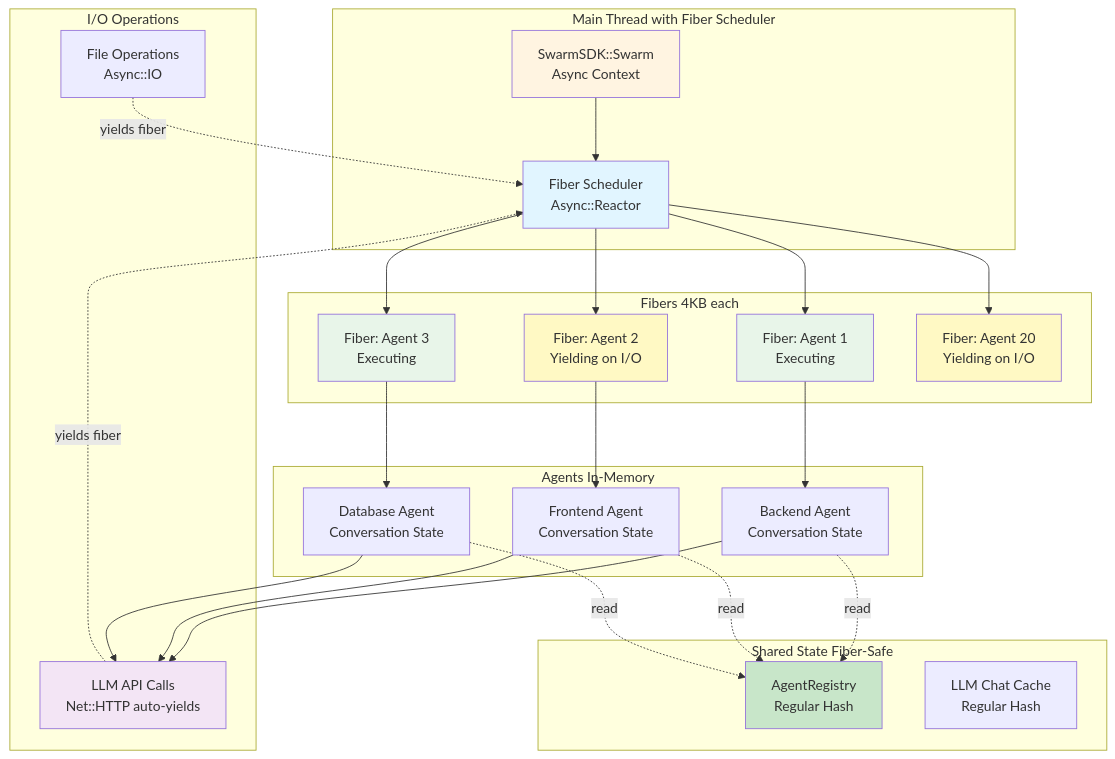
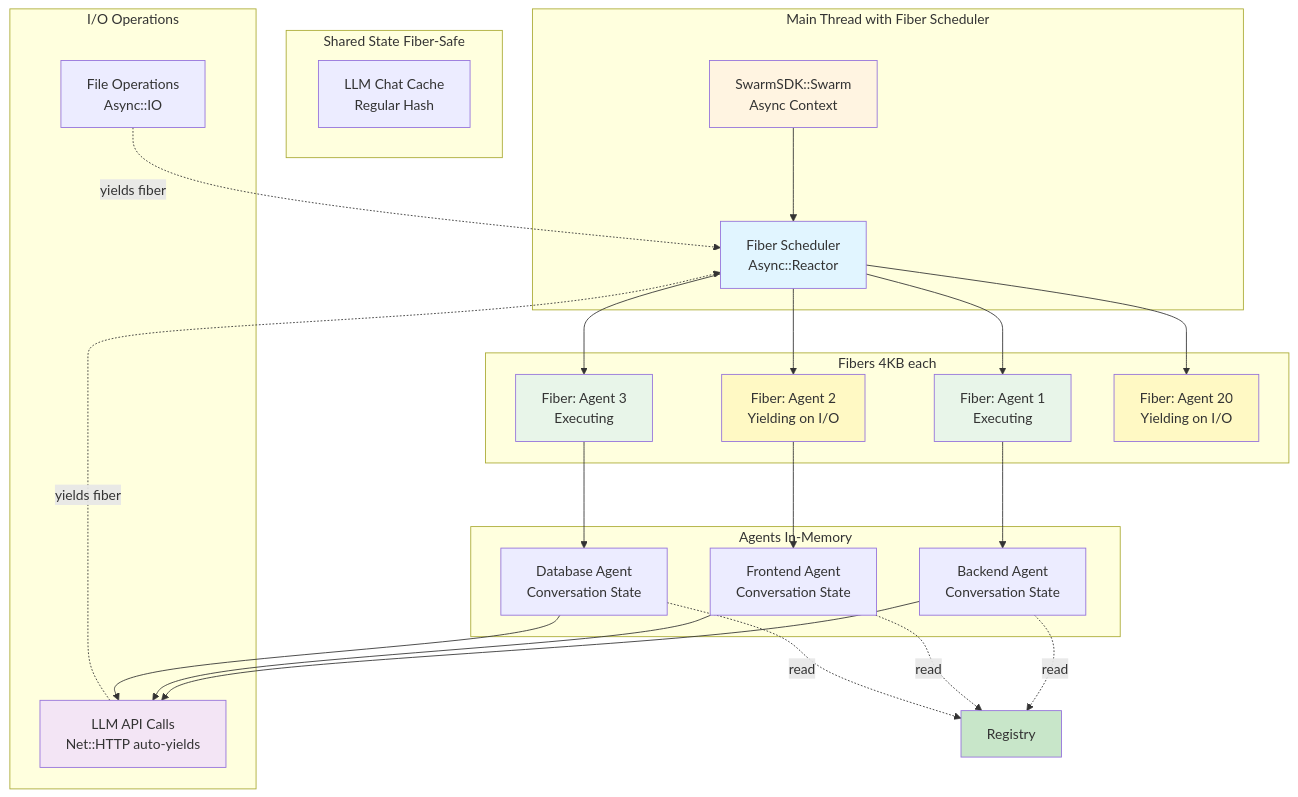
Before and after one commit to parruda/claude-swarm: the eighth of 9 diagrams in docs/swarm_sdk_architecture.md, drawn with Mermaid. The commit also changed other lines of this file and 4 other files, not shown here.

First line of the commit message:
Remove AgentRegistry and update SwarmSDK defaults

````diff
--- a/docs/swarm_sdk_architecture.md
+++ b/docs/swarm_sdk_architecture.md
@@ -2082,60 +2042,59 @@
 ```mermaid
 graph TB
     subgraph "Main Thread with Fiber Scheduler"
         Swarm[SwarmSDK::Swarm<br/>Async Context]
         Scheduler[Fiber Scheduler<br/>Async::Reactor]
     end
 
     subgraph "Fibers 4KB each"
         Fiber1[Fiber: Agent 1<br/>Executing]
         Fiber2[Fiber: Agent 2<br/>Yielding on I/O]
         Fiber3[Fiber: Agent 3<br/>Executing]
         Fiber20[Fiber: Agent 20<br/>Yielding on I/O]
     end
 
     subgraph "Agents In-Memory"
         Agent1[Backend Agent<br/>Conversation State]
         Agent2[Frontend Agent<br/>Conversation State]
         Agent3[Database Agent<br/>Conversation State]
     end
 
     subgraph "Shared State Fiber-Safe"
-        Registry[AgentRegistry<br/>Regular Hash]
         LLMCache[LLM Chat Cache<br/>Regular Hash]
     end
 
     subgraph "I/O Operations"
         LLM_API[LLM API Calls<br/>Net::HTTP auto-yields]
         FileIO[File Operations<br/>Async::IO]
     end
 
     Swarm --> Scheduler
     Scheduler --> Fiber1
     Scheduler --> Fiber2
     Scheduler --> Fiber3
     Scheduler --> Fiber20
 
     Fiber1 --> Agent1
     Fiber2 --> Agent2
     Fiber3 --> Agent3
 
     Agent1 --> LLM_API
     Agent2 --> LLM_API
     Agent3 --> LLM_API
 
     LLM_API -.->|yields fiber| Scheduler
     FileIO -.->|yields fiber| Scheduler
 
     Agent1 -.->|read| Registry
     Agent2 -.->|read| Registry
     Agent3 -.->|read| Registry
 
     style Swarm fill:#fff4e1
     style Scheduler fill:#e1f5ff
     style Fiber1 fill:#e8f5e9
     style Fiber2 fill:#fff9c4
     style Fiber3 fill:#e8f5e9
     style Fiber20 fill:#fff9c4
     style LLM_API fill:#f3e5f5
     style Registry fill:#c8e6c9
 ```
````
